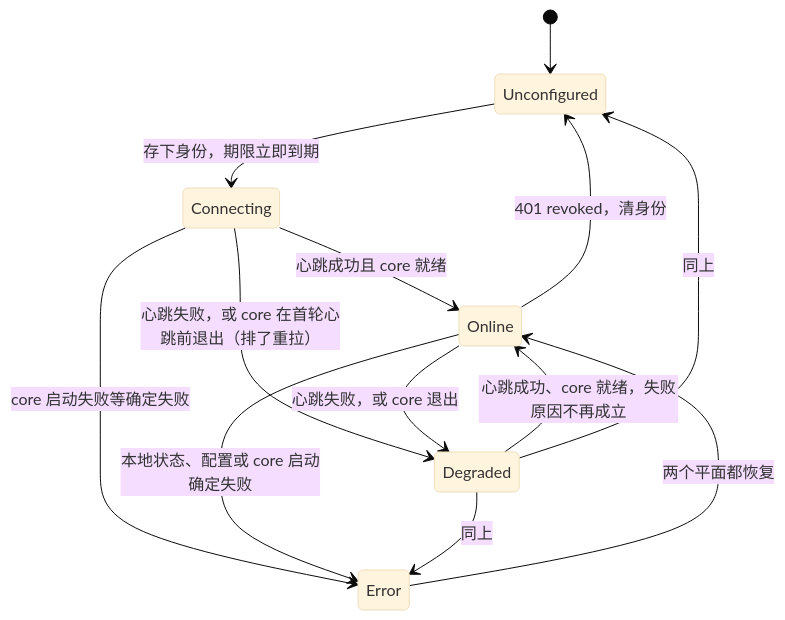
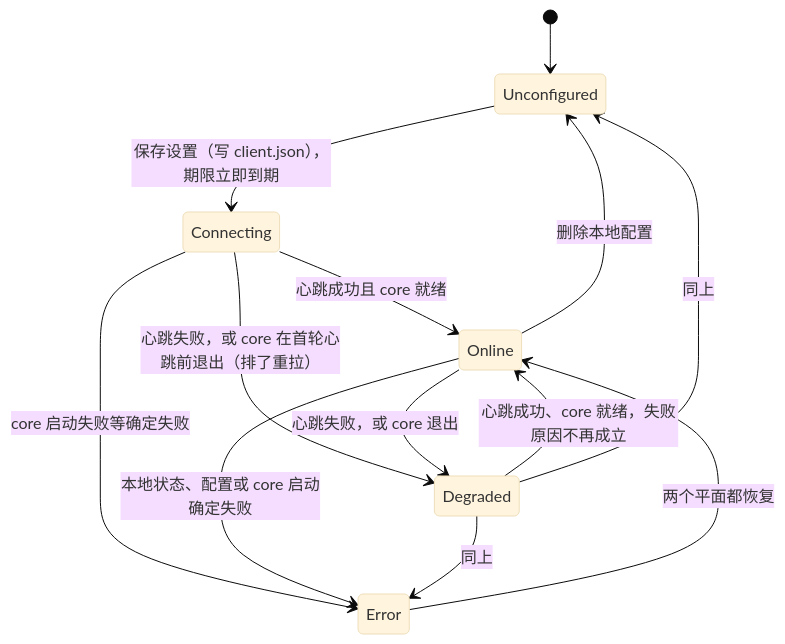
Before and after one commit to hiromuraki/mesh-client: the sixth of 8 diagrams in docs/states.md, drawn with Mermaid (base theme). The commit also changed other lines of this file and 27 other files, not shown here.

````diff
--- a/docs/states.md
+++ b/docs/states.md
@@ -248,15 +242,15 @@
 ```mermaid
 stateDiagram-v2
     [*] --> Unconfigured
-    Unconfigured --> Connecting: 存下身份，期限立即到期
+    Unconfigured --> Connecting: 保存设置（写 client.json），期限立即到期
     Connecting --> Online: 心跳成功且 core 就绪
     Connecting --> Degraded: 心跳失败，或 core 在首轮心跳前退出（排了重拉）
     Connecting --> Error: core 启动失败等确定失败
     Online --> Degraded: 心跳失败，或 core 退出
     Degraded --> Online: 心跳成功、core 就绪，失败原因不再成立
     Online --> Error: 本地状态、配置或 core 启动确定失败
     Degraded --> Error: 同上
     Error --> Online: 两个平面都恢复
-    Online --> Unconfigured: 401 revoked，清身份
+    Online --> Unconfigured: 删除本地配置
     Degraded --> Unconfigured: 同上
 ```
````
